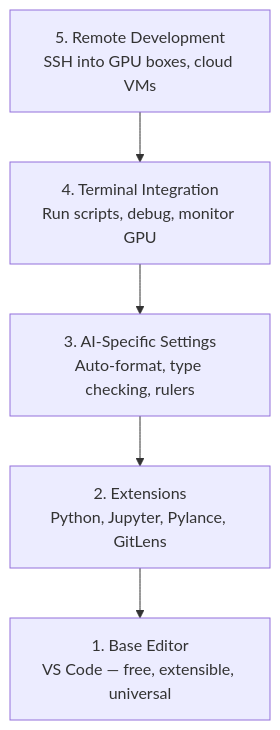
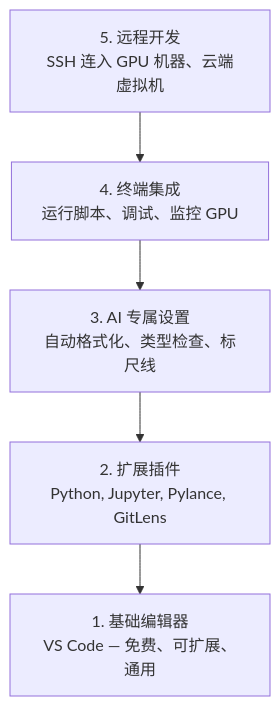
Before and after one commit to JerryC8080/ai-engineering-from-scratch-zh: the diagram in phases/00-setup-and-tooling/08-editor-setup/docs/zh.md, drawn with Mermaid. The commit also changed 156 other files, not shown here.

First line of the commit message:
i18n(zh): translate mermaid diagram labels in 157 lesson zh.md

````diff
--- a/phases/00-setup-and-tooling/08-editor-setup/docs/zh.md
+++ b/phases/00-setup-and-tooling/08-editor-setup/docs/zh.md
@@ -29,8 +29,8 @@
 ```mermaid
 graph TD
-    L5["5. Remote Development<br/>SSH into GPU boxes, cloud VMs"] --> L4
-    L4["4. Terminal Integration<br/>Run scripts, debug, monitor GPU"] --> L3
-    L3["3. AI-Specific Settings<br/>Auto-format, type checking, rulers"] --> L2
-    L2["2. Extensions<br/>Python, Jupyter, Pylance, GitLens"] --> L1
-    L1["1. Base Editor<br/>VS Code — free, extensible, universal"]
+    L5["5. 远程开发<br/>SSH 连入 GPU 机器、云端虚拟机"] --> L4
+    L4["4. 终端集成<br/>运行脚本、调试、监控 GPU"] --> L3
+    L3["3. AI 专属设置<br/>自动格式化、类型检查、标尺线"] --> L2
+    L2["2. 扩展插件<br/>Python, Jupyter, Pylance, GitLens"] --> L1
+    L1["1. 基础编辑器<br/>VS Code — 免费、可扩展、通用"]
 ```
````
